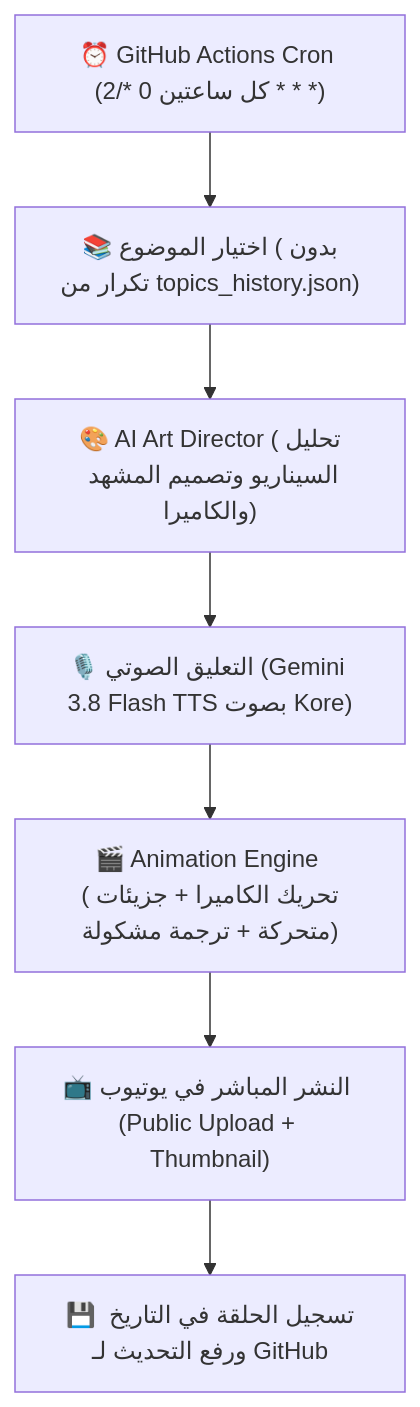
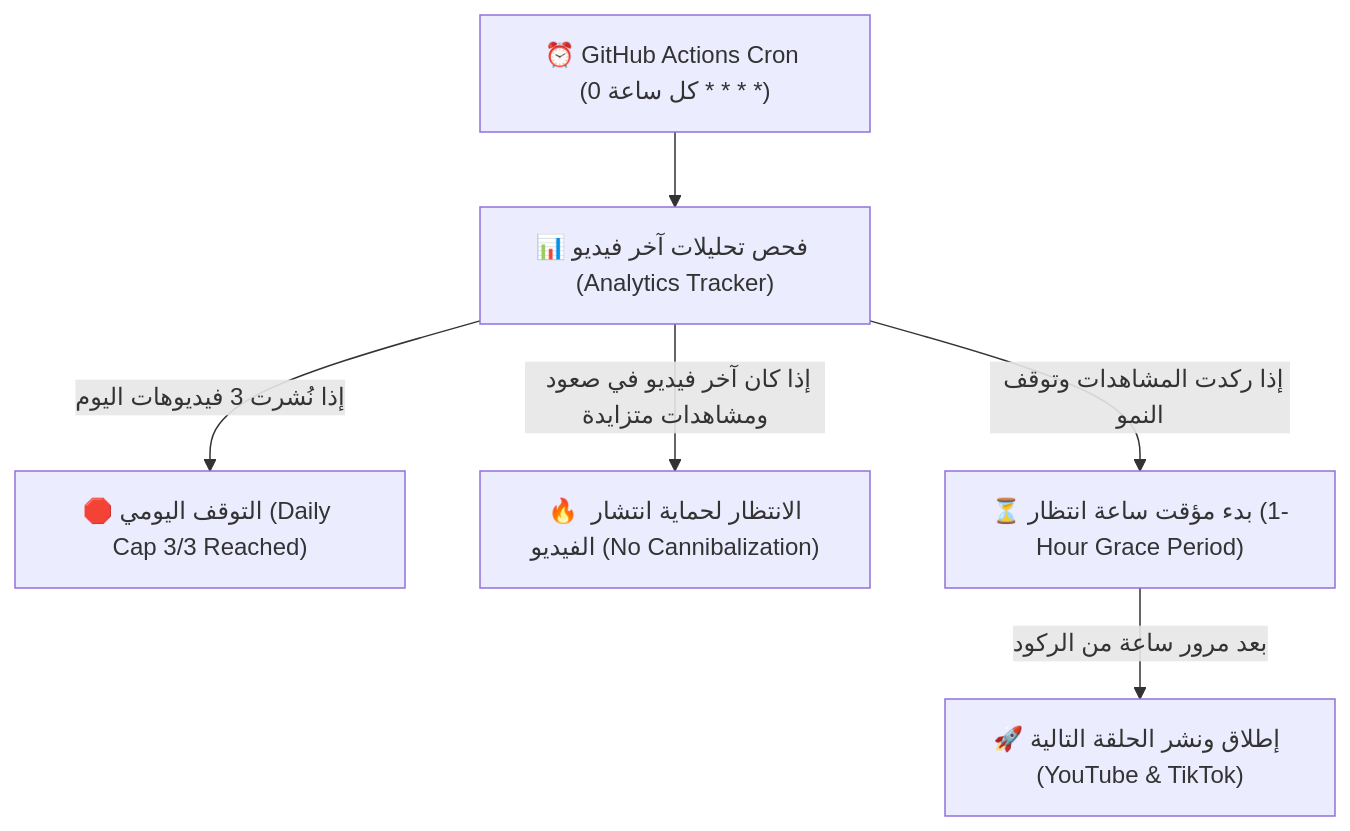
One commit to achrafbah/kids-youtube-automation changed the diagram in MASTER_PROJECT_CENTRAL.md. Above: the diagram before and after it, drawn with Mermaid. The commit also changed other lines of this file and 4 other files, not shown here.

Commit message:
feat(scheduler): implement analytics-driven stagnation pacing (max 3/day) for YouTube and TikTok

````diff
--- a/MASTER_PROJECT_CENTRAL.md
+++ b/MASTER_PROJECT_CENTRAL.md
@@ -20,9 +20,8 @@
 ```mermaid
 flowchart TD
-    A["⏰ GitHub Actions Cron (كل ساعتين 0 */2 * * *)"] --> B["📚 اختيار الموضوع (بدون تكرار من topics_history.json)"]
-    B --> C["🎨 AI Art Director (تحليل السيناريو وتصميم المشهد والكاميرا)"]
-    C --> D["🎙️ التعليق الصوتي (Gemini 3.8 Flash TTS بصوت Kore)"]
-    D --> E["🎬 Animation Engine (تحريك الكاميرا + جزيئات متحركة + ترجمة مشكولة)"]
-    E --> F["📺 النشر المباشر في يوتيوب (Public Upload + Thumbnail)"]
-    F --> G["💾 تسجيل الحلقة في التاريخ ورفع التحديث لـ GitHub"]
+    A["⏰ GitHub Actions Cron (كل ساعة 0 * * * *)"] --> B["📊 فحص تحليلات آخر فيديو (Analytics Tracker)"]
+    B -->|إذا نُشرت 3 فيديوهات اليوم| C["🛑 التوقف اليومي (Daily Cap 3/3 Reached)"]
+    B -->|إذا كان آخر فيديو في صعود ومشاهدات متزايدة| D["🔥 الانتظار لحماية انتشار الفيديو (No Cannibalization)"]
+    B -->|إذا ركدت المشاهدات وتوقف النمو| E["⏳ بدء مؤقت ساعة انتظار (1-Hour Grace Period)"]
+    E -->|بعد مرور ساعة من الركود| F["🚀 إطلاق ونشر الحلقة التالية (YouTube & TikTok)"]
 ```
````
